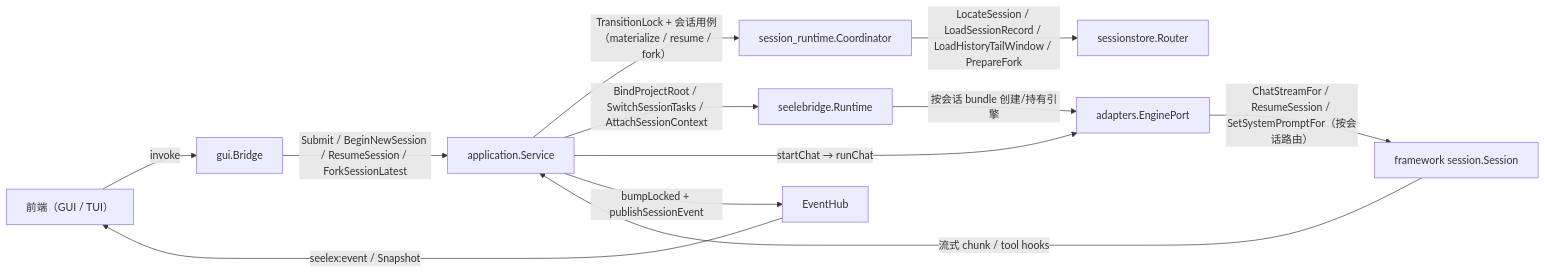
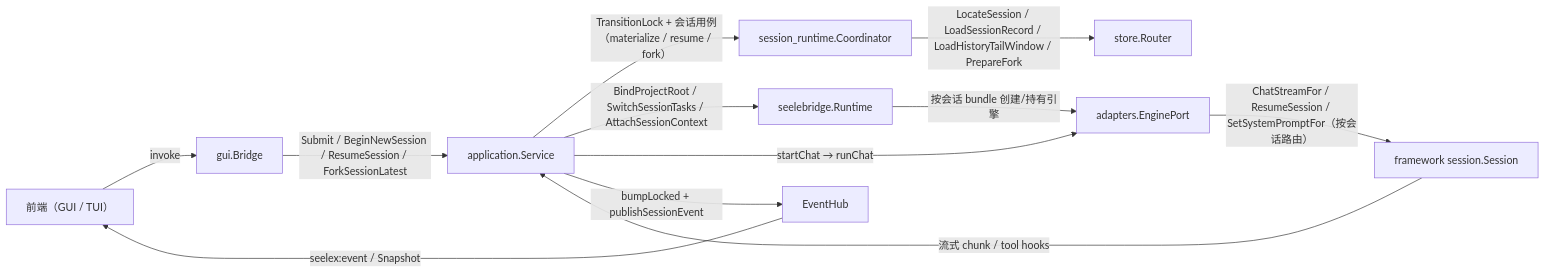
One commit to RedHuang-0622/seelex changed the diagram in docs/arch/README.md. Above: the diagram before and after it, drawn with Mermaid. The commit also changed 1013 other files, not shown here.

````diff
--- a/docs/arch/README.md
+++ b/docs/arch/README.md
@@ -55,14 +55,14 @@
 ```mermaid
 flowchart LR
     FE["前端（GUI / TUI）"] -->|invoke| BR["gui.Bridge"]
     BR -->|Submit / BeginNewSession / ResumeSession / ForkSessionLatest| SVC["application.Service"]
     SVC -->|TransitionLock + 会话用例（materialize / resume / fork）| CRD["session_runtime.Coordinator"]
-    CRD -->|LocateSession / LoadSessionRecord / LoadHistoryTailWindow / PrepareFork| ST["sessionstore.Router"]
+    CRD -->|LocateSession / LoadSessionRecord / LoadHistoryTailWindow / PrepareFork| ST["store.Router"]
     SVC -->|BindProjectRoot / SwitchSessionTasks / AttachSessionContext| RT["seelebridge.Runtime"]
     SVC -->|startChat → runChat| EP["adapters.EnginePort"]
     EP -->|ChatStreamFor / ResumeSession / SetSystemPromptFor（按会话路由）| SESS["framework session.Session"]
     RT -->|按会话 bundle 创建/持有引擎| EP
     SESS -->|流式 chunk / tool hooks| SVC
     SVC -->|bumpLocked + publishSessionEvent| HUB["EventHub"]
     HUB -->|seelex:event / Snapshot| FE
 ```
````
